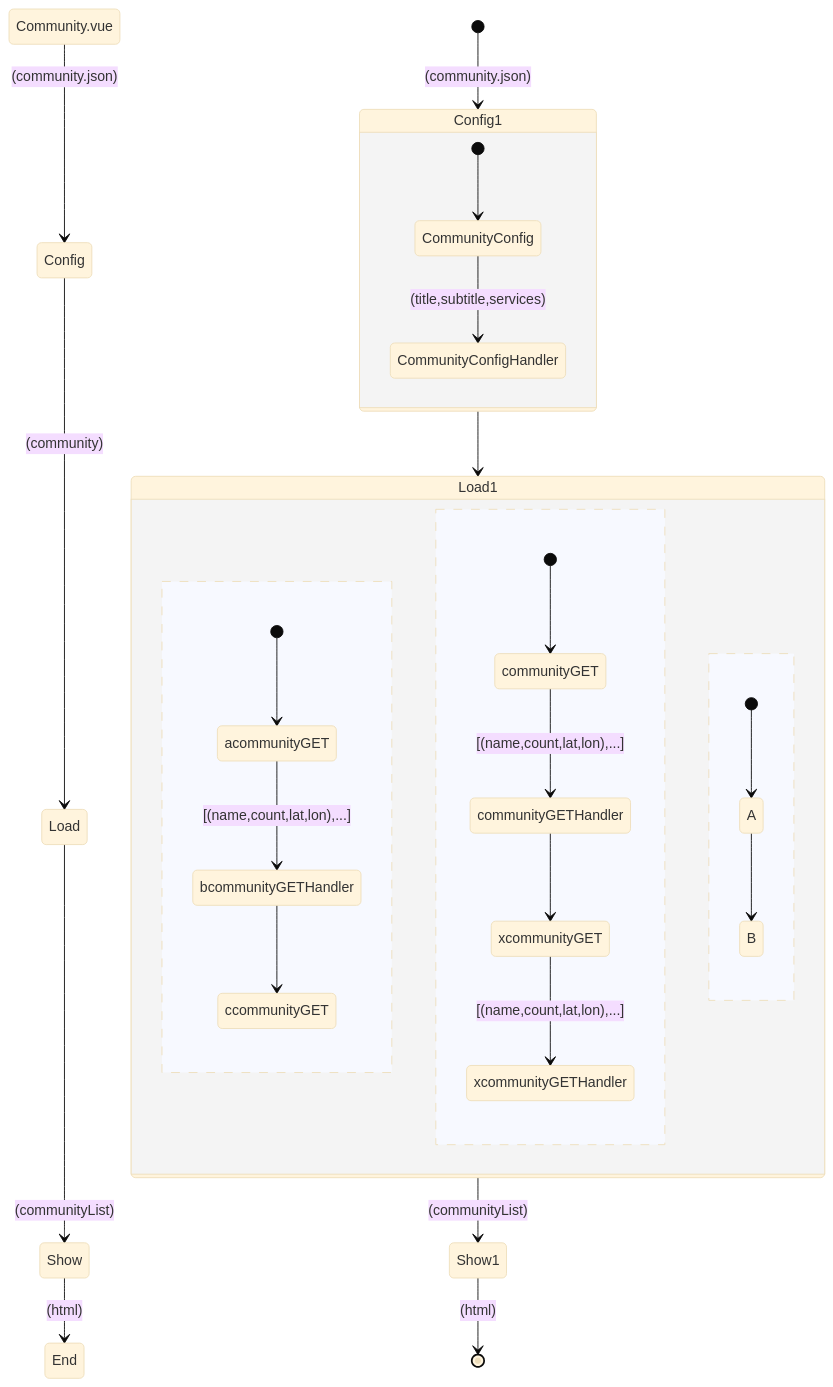
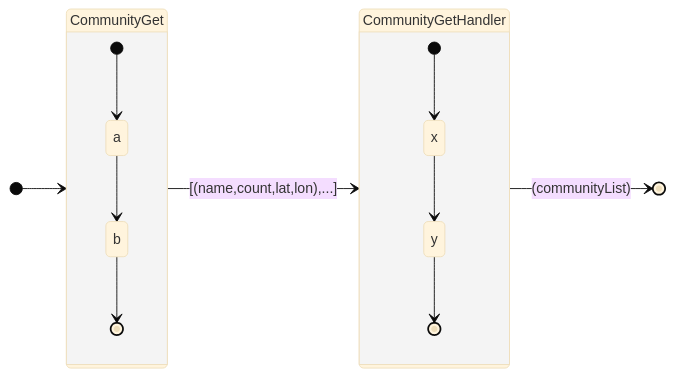
The second of 2 diagrams in README.md (Wilfongjt/lb-A), drawn with Mermaid before and after one commit. The commit also changed other lines of this file, not shown here.

````diff
--- a/README.md
+++ b/README.md
@@ -107,37 +29,20 @@
 ```mermaid
 %%{init: {'securityLevel': 'loose', 'theme':'base'}}%%
-      stateDiagram
-
-        Community.vue --> Config : (community.json)
-        Config --> Load : (community)
-        Load --> Show : (communityList)
-        Show --> End : (html)
+stateDiagram
+    direction LR
+     state CommunityGet {
+     [*] --> a
+      a --> b
+      b --> [*]
+    }
+    state CommunityGetHandler {
+      [*] --> x
+      x --> y
+      y --> [*]
+    }
+    [*] --> CommunityGet 
+        CommunityGet --> CommunityGetHandler : [(name,count,lat,lon),...]
+        CommunityGetHandler --> [*] : (communityList)
         
         
-        state Config1 {
-            [*] --> CommunityConfig
-            CommunityConfig --> CommunityConfigHandler : (title,subtitle,services)
-        }
-        
-        state Load1 {
-          [*] --> acommunityGET
-          acommunityGET --> bcommunityGETHandler : [(name,count,lat,lon),...]
-          bcommunityGETHandler --> ccommunityGET
-          --
-          [*] --> communityGET
-          communityGET --> communityGETHandler : [(name,count,lat,lon),...]
-          communityGETHandler --> xcommunityGET
-          xcommunityGET --> xcommunityGETHandler : [(name,count,lat,lon),...]
-          xcommunityGETHandler
-          --
-          [*] --> A
-          A --> B
-
-        }
-        
-        [*] --> Config1  : (community.json)
-        Config1 --> Load1
-        Load1 --> Show1 : (communityList)
-        Show1 --> [*] : (html)
-        
 ```
````
